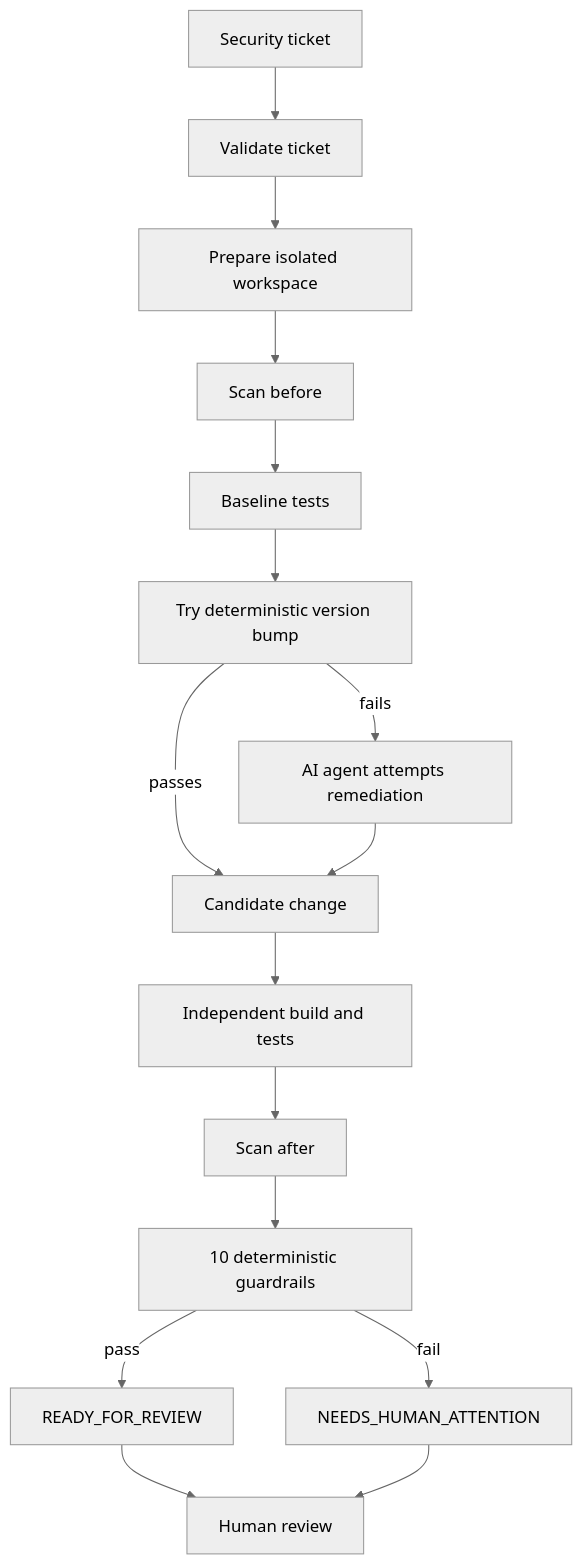
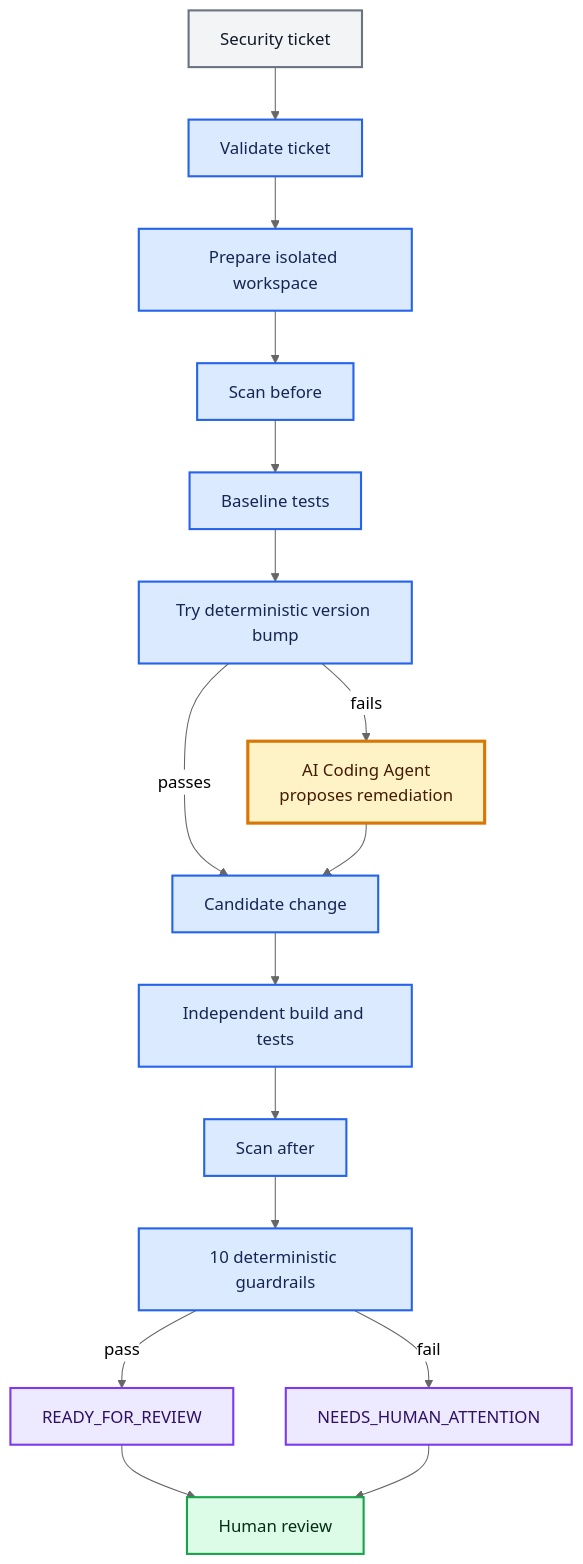
The first of 2 diagrams in docs/DEMO.md (samueltin/ai-remediation-demo), drawn with Mermaid (neutral theme) before and after one commit. The commit also changed other lines of this file, not shown here.

Commit message:
docs: colour the demo flow diagram by trust zone
The first diagram now colours each node by trust zone (workflow,
AI coding agent, outcome, human, external input) with a legend under
it. The agent node reads "AI Coding Agent proposes remediation", and the
intro says "short demo" instead of "five-minute demo".

````diff
--- a/docs/DEMO.md
+++ b/docs/DEMO.md
@@ -33,18 +33,30 @@
 ```mermaid
 flowchart TD
     A[Security ticket] --> B[Validate ticket]
     B --> C[Prepare isolated workspace]
     C --> D[Scan before]
     D --> E[Baseline tests]
     E --> F[Try deterministic version bump]
     F -->|passes| H[Candidate change]
-    F -->|fails| G[AI agent attempts remediation]
+    F -->|fails| G[AI Coding Agent<br/>proposes remediation]
     G --> H
     H --> I[Independent build and tests]
     I --> J[Scan after]
     J --> K[10 deterministic guardrails]
     K -->|pass| L[READY_FOR_REVIEW]
     K -->|fail| M[NEEDS_HUMAN_ATTENTION]
     L --> N[Human review]
     M --> N
+
+    classDef workflow fill:#dbeafe,stroke:#2563eb,stroke-width:2px,color:#172554
+    classDef agent fill:#fef3c7,stroke:#d97706,stroke-width:3px,color:#451a03
+    classDef human fill:#dcfce7,stroke:#16a34a,stroke-width:2px,color:#052e16
+    classDef input fill:#f3f4f6,stroke:#6b7280,stroke-width:2px,color:#111827
+    classDef outcome fill:#ede9fe,stroke:#7c3aed,stroke-width:2px,color:#2e1065
+
+    class A input
+    class B,C,D,E,F,H,I,J,K workflow
+    class G agent
+    class L,M outcome
+    class N human
 ```
````
